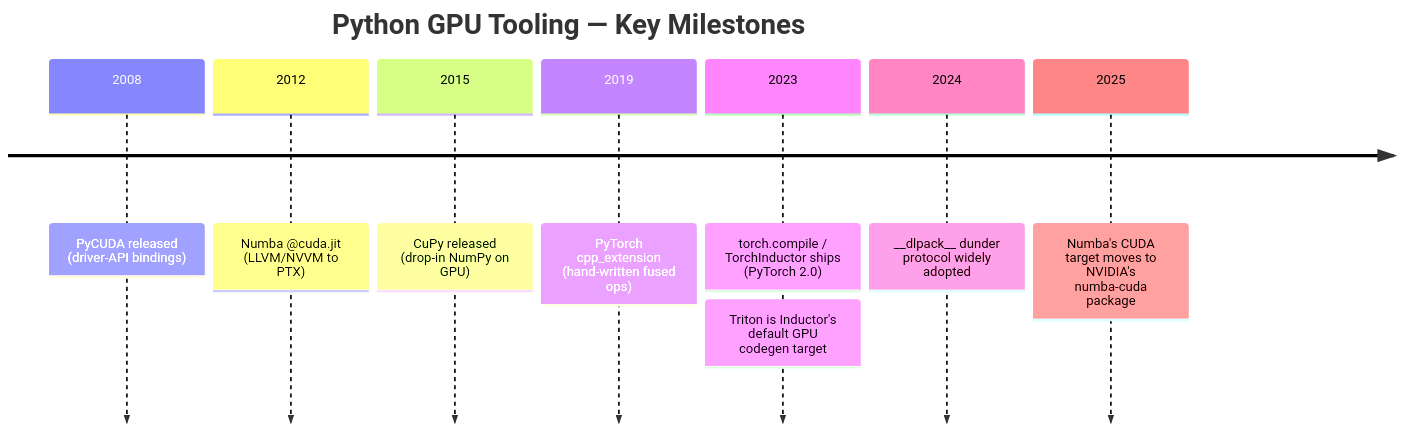
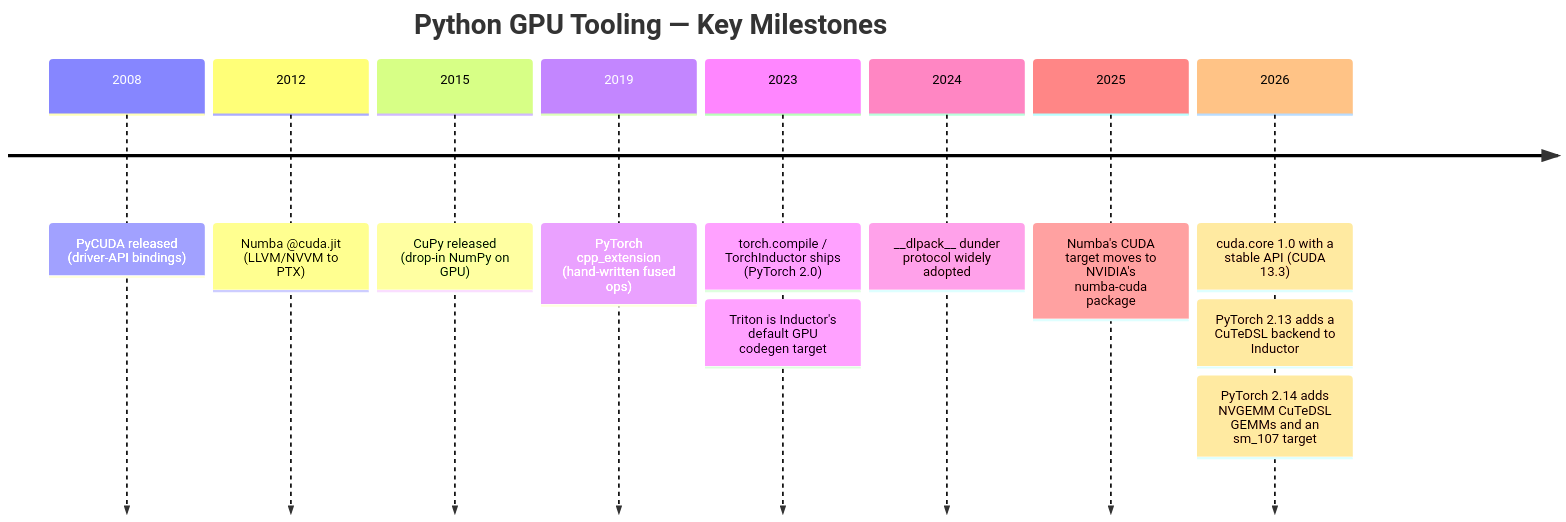
Before and after one commit to rppol/system-design: the eighth of 10 diagrams in src/main/java/com/rutik/systemdesign/cuda/python_gpu_ecosystem/python_gpu_ecosystem.md, drawn with Mermaid. The commit also changed other lines of this file and 655 other files, not shown here.

````diff
--- a/src/main/java/com/rutik/systemdesign/cuda/python_gpu_ecosystem/python_gpu_ecosystem.md
+++ b/src/main/java/com/rutik/systemdesign/cuda/python_gpu_ecosystem/python_gpu_ecosystem.md
@@ -388,11 +388,12 @@
 ```mermaid
 timeline
     title Python GPU Tooling — Key Milestones
     2008 : PyCUDA released (driver-API bindings)
     2012 : Numba @cuda.jit (LLVM/NVVM to PTX)
     2015 : CuPy released (drop-in NumPy on GPU)
     2019 : PyTorch cpp_extension (hand-written fused ops)
     2023 : torch.compile / TorchInductor ships (PyTorch 2.0) : Triton is Inductor's default GPU codegen target
     2024 : __dlpack__ dunder protocol widely adopted
     2025 : Numba's CUDA target moves to NVIDIA's numba-cuda package
+    2026 : cuda.core 1.0 with a stable API (CUDA 13.3) : PyTorch 2.13 adds a CuTeDSL backend to Inductor : PyTorch 2.14 adds NVGEMM CuTeDSL GEMMs and an sm_107 target
 ```
````
